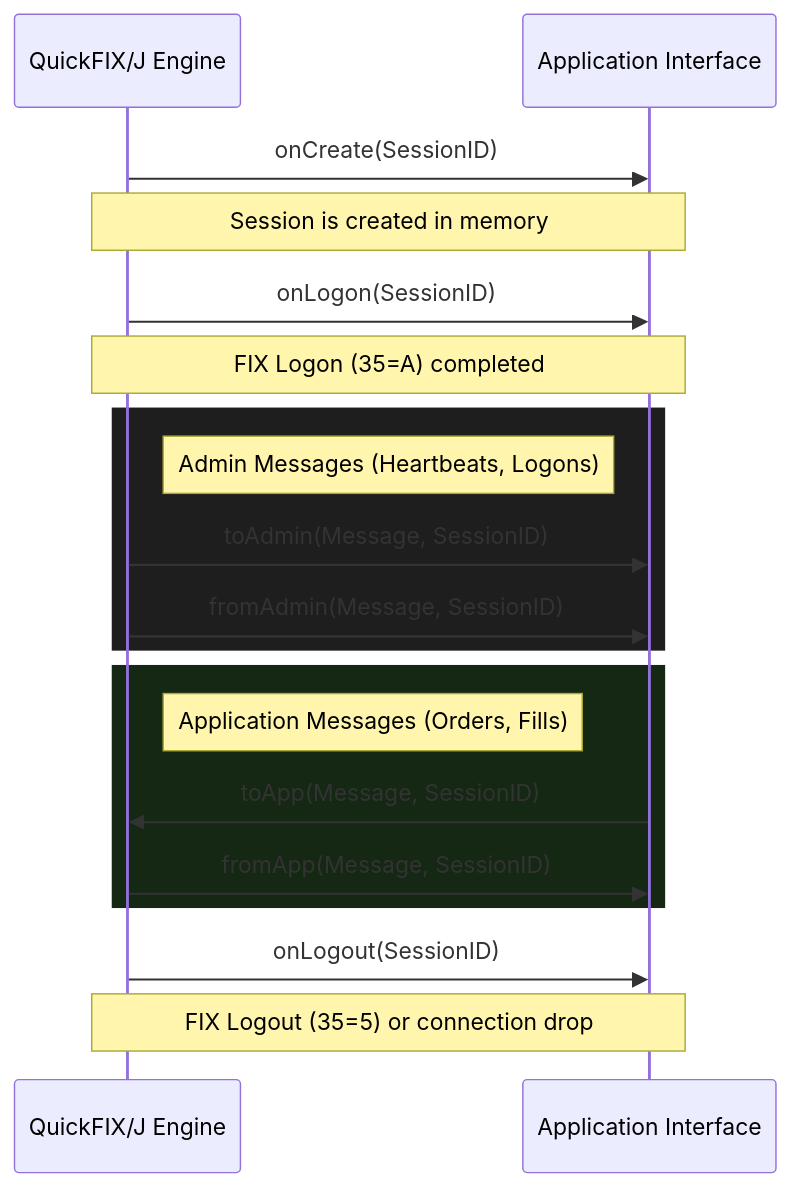
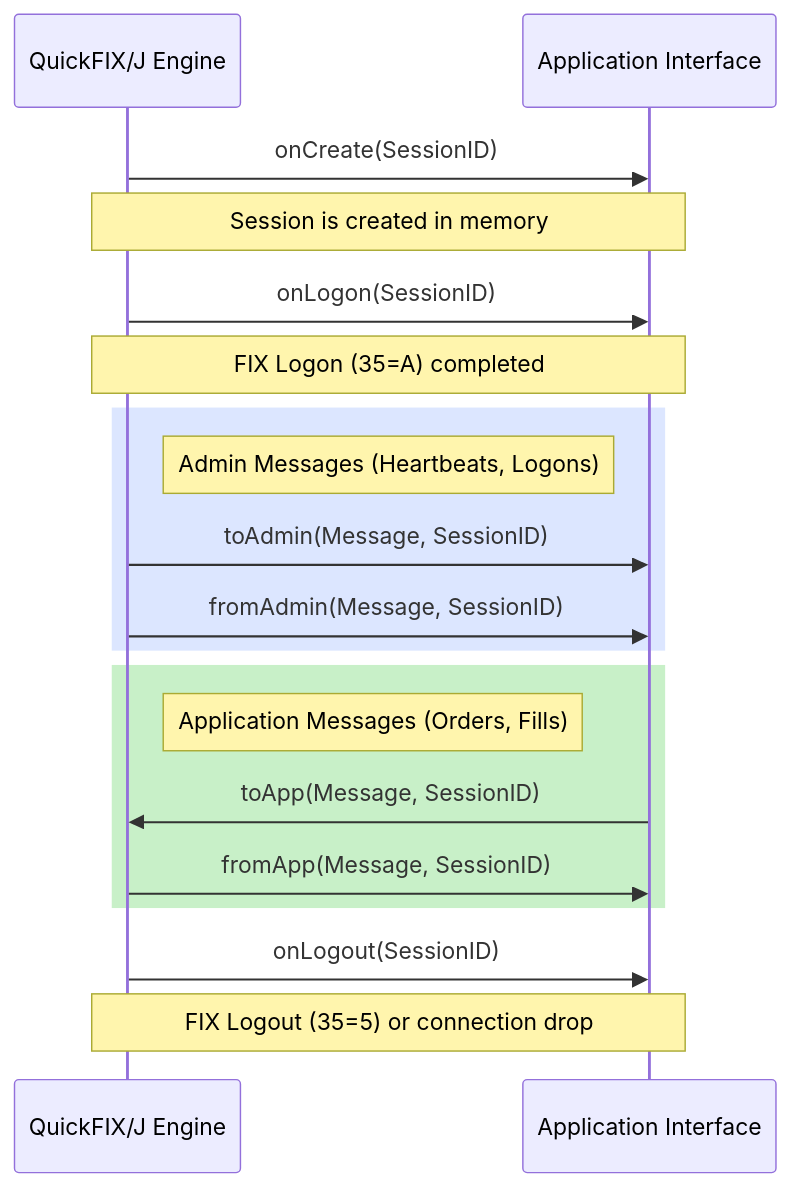
The diagram in docs/developer-docs.md (quickfix-j/quickfixj-pages), drawn with Mermaid before and after one commit. The commit also changed 1 other file, not shown here.

Commit message:
Fix legibility issues in developer-docs and validation mermaid diagrams

````diff
--- a/docs/developer-docs.md
+++ b/docs/developer-docs.md
@@ -15,26 +15,26 @@
 ```mermaid
 sequenceDiagram
     participant E as QuickFIX/J Engine
     participant A as Application Interface
     
     E->>A: onCreate(SessionID)
     Note over E,A: Session is created in memory
     
     E->>A: onLogon(SessionID)
     Note over E,A: FIX Logon (35=A) completed
     
-    rect rgb(30, 30, 30)
+    rect rgb(220, 230, 255)
         Note right of E: Admin Messages (Heartbeats, Logons)
         E->>A: toAdmin(Message, SessionID)
         E->>A: fromAdmin(Message, SessionID)
     end
     
-    rect rgb(20, 40, 20)
+    rect rgb(200, 240, 200)
         Note right of E: Application Messages (Orders, Fills)
         A->>E: toApp(Message, SessionID)
         E->>A: fromApp(Message, SessionID)
     end
     
     E->>A: onLogout(SessionID)
     Note over E,A: FIX Logout (35=5) or connection drop
 ```
````
